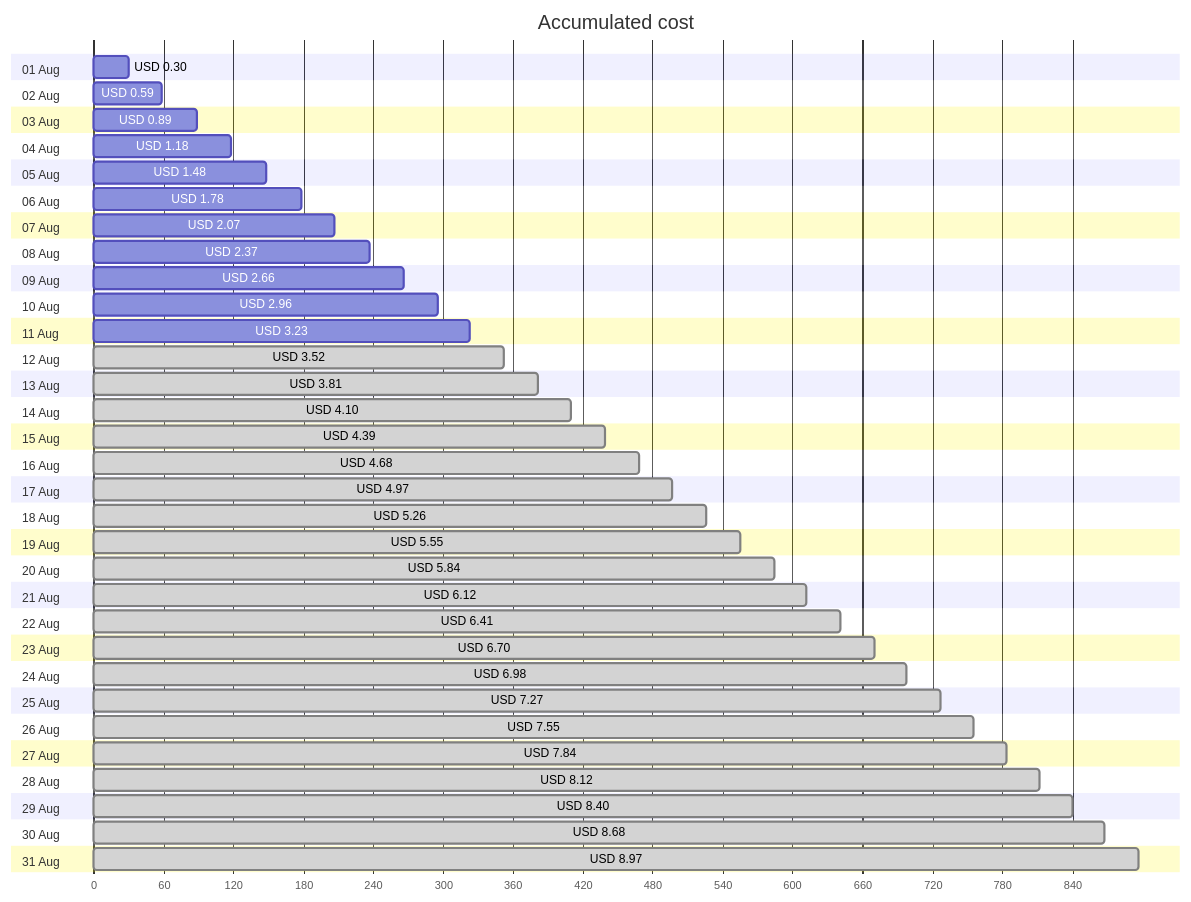
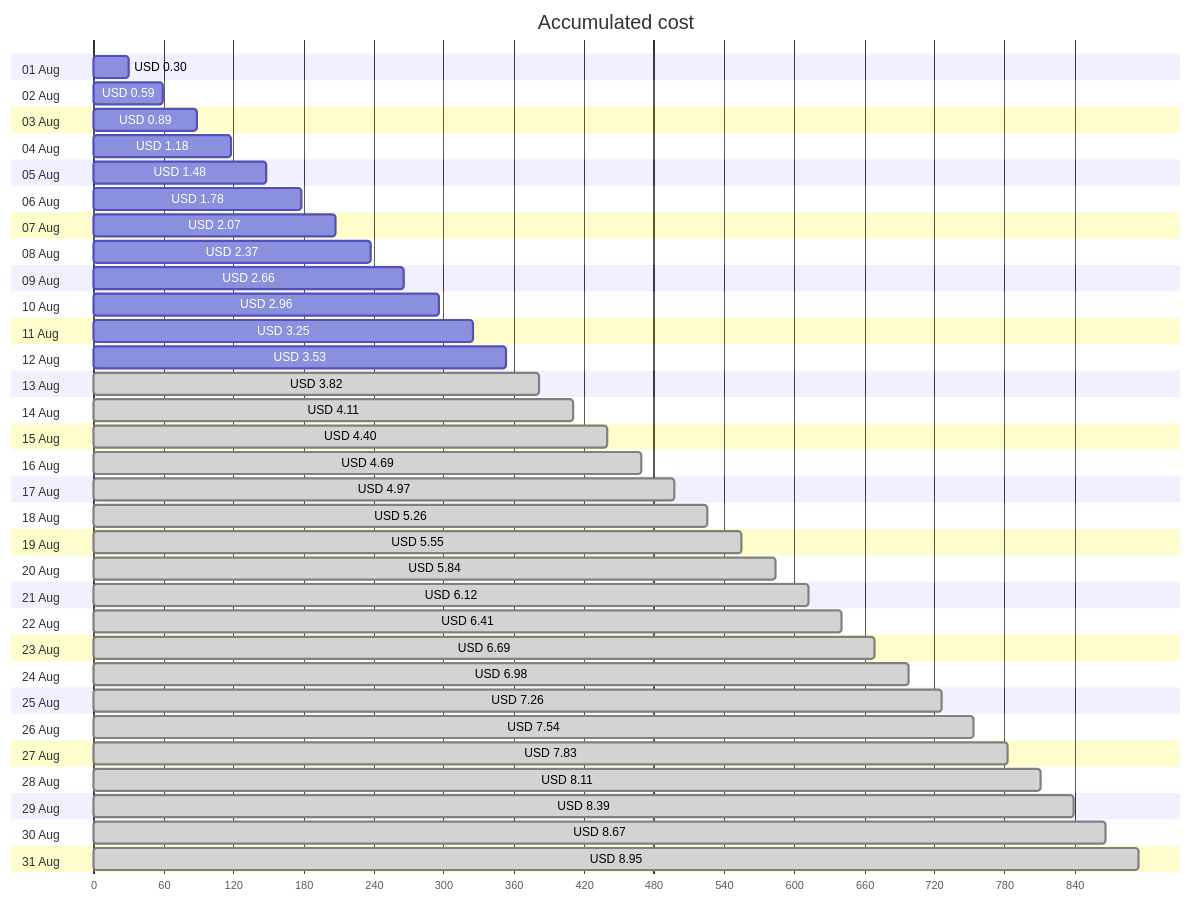
One commit to jpfulton/azure-personal-reports changed the first of 4 diagrams in cost-reports/personal-site/personal-site.md. Above: the diagram before and after it, drawn with Mermaid. The commit also changed other lines of this file and 6 other files, not shown here.

````diff
--- a/cost-reports/personal-site/personal-site.md
+++ b/cost-reports/personal-site/personal-site.md
@@ -20,68 +20,68 @@
 ```mermaid
 gantt
    title Accumulated cost
    dateFormat  X
    axisFormat %s
    section 01 Aug
    USD 0.30 :0, 30
    section 02 Aug
    USD 0.59 :0, 59
    section 03 Aug
    USD 0.89 :0, 89
    section 04 Aug
    USD 1.18 :0, 118
    section 05 Aug
    USD 1.48 :0, 148
    section 06 Aug
    USD 1.78 :0, 178
    section 07 Aug
    USD 2.07 :0, 207
    section 08 Aug
    USD 2.37 :0, 237
    section 09 Aug
    USD 2.66 :0, 266
    section 10 Aug
    USD 2.96 :0, 296
    section 11 Aug
-   USD 3.23 :0, 323
+   USD 3.25 :0, 325
    section 12 Aug
-   USD 3.52 : done, 0, 352
+   USD 3.53 :0, 353
    section 13 Aug
-   USD 3.81 : done, 0, 381
+   USD 3.82 : done, 0, 382
    section 14 Aug
-   USD 4.10 : done, 0, 410
+   USD 4.11 : done, 0, 411
    section 15 Aug
-   USD 4.39 : done, 0, 439
+   USD 4.40 : done, 0, 440
    section 16 Aug
-   USD 4.68 : done, 0, 468
+   USD 4.69 : done, 0, 469
    section 17 Aug
    USD 4.97 : done, 0, 497
    section 18 Aug
    USD 5.26 : done, 0, 526
    section 19 Aug
    USD 5.55 : done, 0, 555
    section 20 Aug
    USD 5.84 : done, 0, 584
    section 21 Aug
    USD 6.12 : done, 0, 612
    section 22 Aug
    USD 6.41 : done, 0, 641
    section 23 Aug
-   USD 6.70 : done, 0, 670
+   USD 6.69 : done, 0, 669
    section 24 Aug
    USD 6.98 : done, 0, 698
    section 25 Aug
-   USD 7.27 : done, 0, 727
+   USD 7.26 : done, 0, 726
    section 26 Aug
-   USD 7.55 : done, 0, 755
+   USD 7.54 : done, 0, 754
    section 27 Aug
-   USD 7.84 : done, 0, 784
+   USD 7.83 : done, 0, 783
    section 28 Aug
-   USD 8.12 : done, 0, 812
+   USD 8.11 : done, 0, 811
    section 29 Aug
-   USD 8.40 : done, 0, 840
+   USD 8.39 : done, 0, 839
    section 30 Aug
-   USD 8.68 : done, 0, 868
+   USD 8.67 : done, 0, 867
    section 31 Aug
-   USD 8.97 : done, 0, 897
+   USD 8.95 : done, 0, 895
 ```
````
